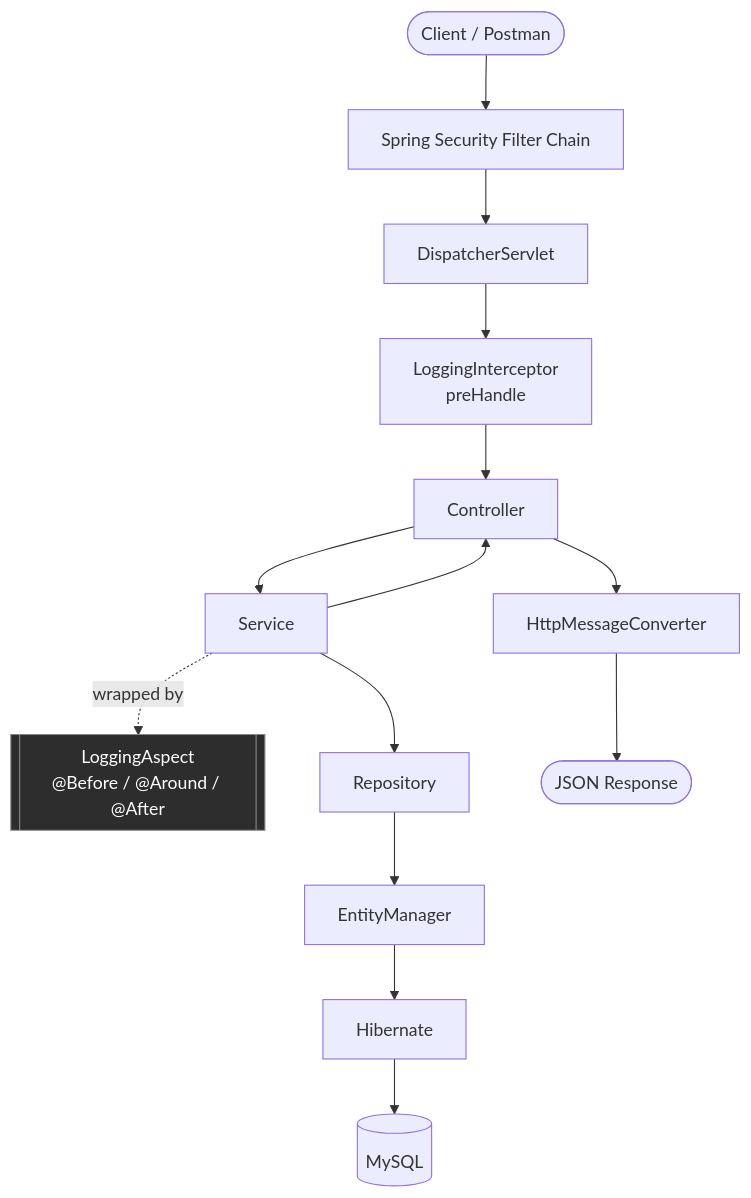
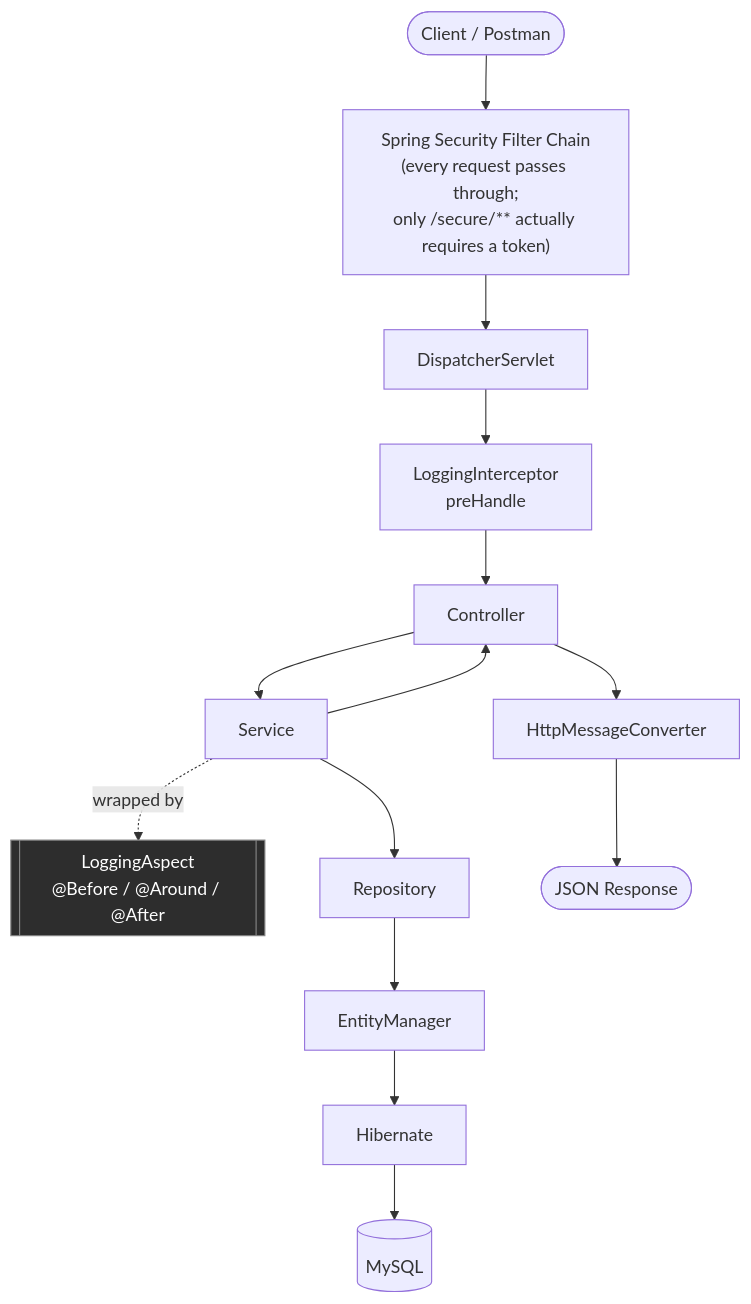
Before and after one commit to temptation4/-spring-interview-lab: the first of 9 diagrams in spring-interview-lab/README.md, drawn with Mermaid. The commit also changed other lines of this file and 18 other files, not shown here.

Commit message:
Add spring security and spring clound

````diff
--- a/spring-interview-lab/README.md
+++ b/spring-interview-lab/README.md
@@ -29,18 +37,18 @@
 ```mermaid
 graph TD
-    Client(["Client / Postman"]) --> Sec["Spring Security Filter Chain"]
+    Client(["Client / Postman"]) --> Sec["Spring Security Filter Chain<br/>(every request passes through;<br/>only /secure/** actually requires a token)"]
     Sec --> DS[DispatcherServlet]
     DS --> HI[LoggingInterceptor<br/>preHandle]
     HI --> Ctrl[Controller]
     Ctrl --> Svc[Service]
     Svc -. wrapped by .-> Aspect[["LoggingAspect<br/>@Before / @Around / @After"]]
     Svc --> Repo[Repository]
     Repo --> EM[EntityManager]
     EM --> Hib[Hibernate]
     Hib --> DB[(MySQL)]
     Svc --> Ctrl
     Ctrl --> HMC[HttpMessageConverter]
     HMC --> Resp(["JSON Response"])
 
     style Aspect fill:#2d2d2d,stroke:#888,color:#fff
 ```
````
